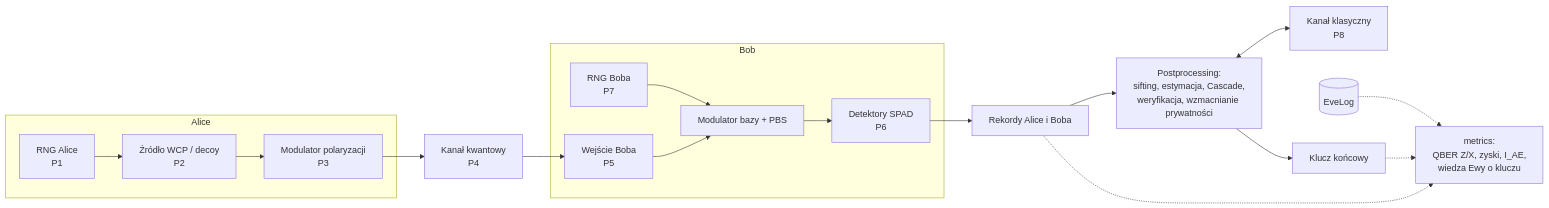
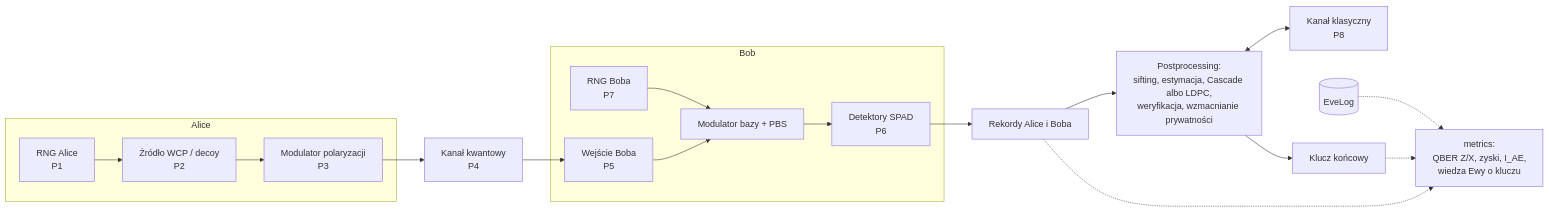
One commit to Shertie/BB84-Attack-Sim changed the diagram in docs/architecture.md. Above: the diagram before and after it, drawn with Mermaid. The commit also changed other lines of this file and 7 other files, not shown here.

````diff
--- a/docs/architecture.md
+++ b/docs/architecture.md
@@ -5,21 +5,21 @@
 ```mermaid
 flowchart LR
     subgraph ALICE["Alice"]
         RA["RNG Alice<br/>P1"] --> SRC["Źródło WCP / decoy<br/>P2"]
         SRC --> MOD["Modulator polaryzacji<br/>P3"]
     end
     MOD --> CH["Kanał kwantowy<br/>P4"]
     CH --> IN["Wejście Boba<br/>P5"]
     subgraph BOB["Bob"]
         RB["RNG Boba<br/>P7"] --> BS["Modulator bazy + PBS"]
         IN --> BS
         BS --> DET["Detektory SPAD<br/>P6"]
     end
     DET --> REC["Rekordy Alice i Boba"]
-    REC --> PP["Postprocessing:<br/>sifting, estymacja, Cascade,<br/>weryfikacja, wzmacnianie prywatności"]
+    REC --> PP["Postprocessing:<br/>sifting, estymacja, Cascade albo LDPC,<br/>weryfikacja, wzmacnianie prywatności"]
     PP <--> CC["Kanał klasyczny<br/>P8"]
     PP --> KEY["Klucz końcowy"]
     EVE[("EveLog")] -.-> MET["metrics:<br/>QBER Z/X, zyski, I_AE,<br/>wiedza Ewy o kluczu"]
     KEY -.-> MET
     REC -.-> MET
 ```
````
